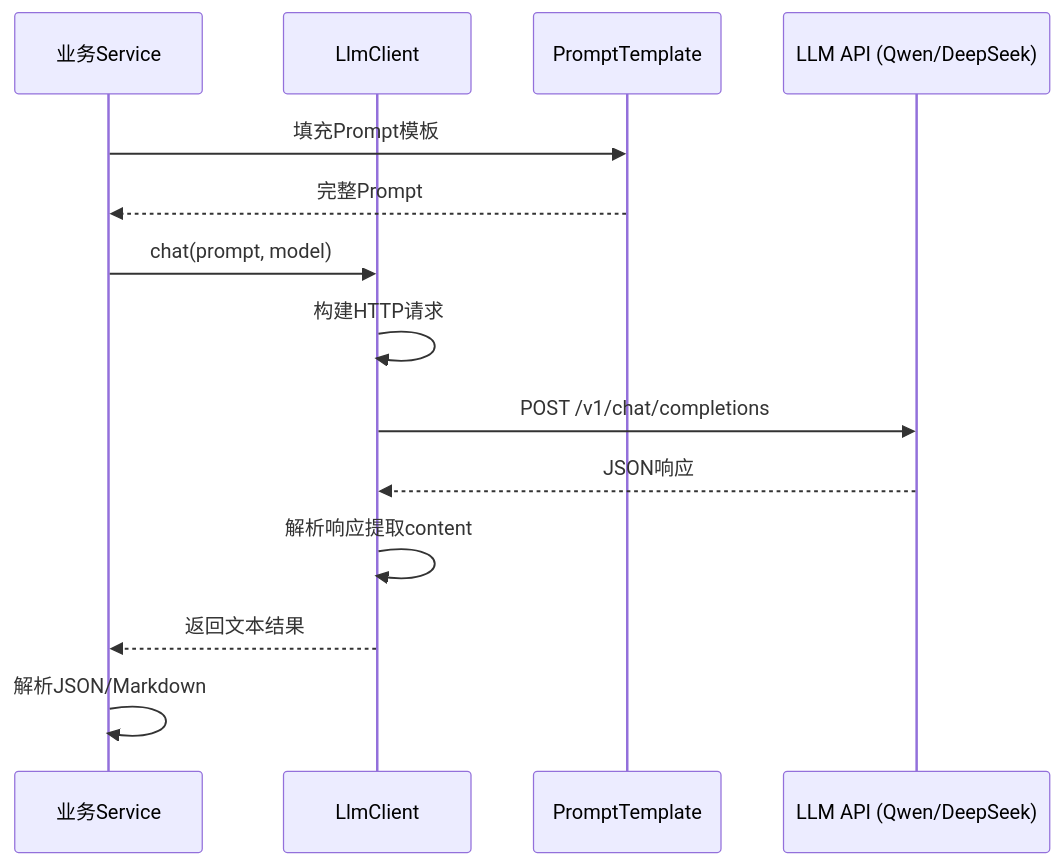
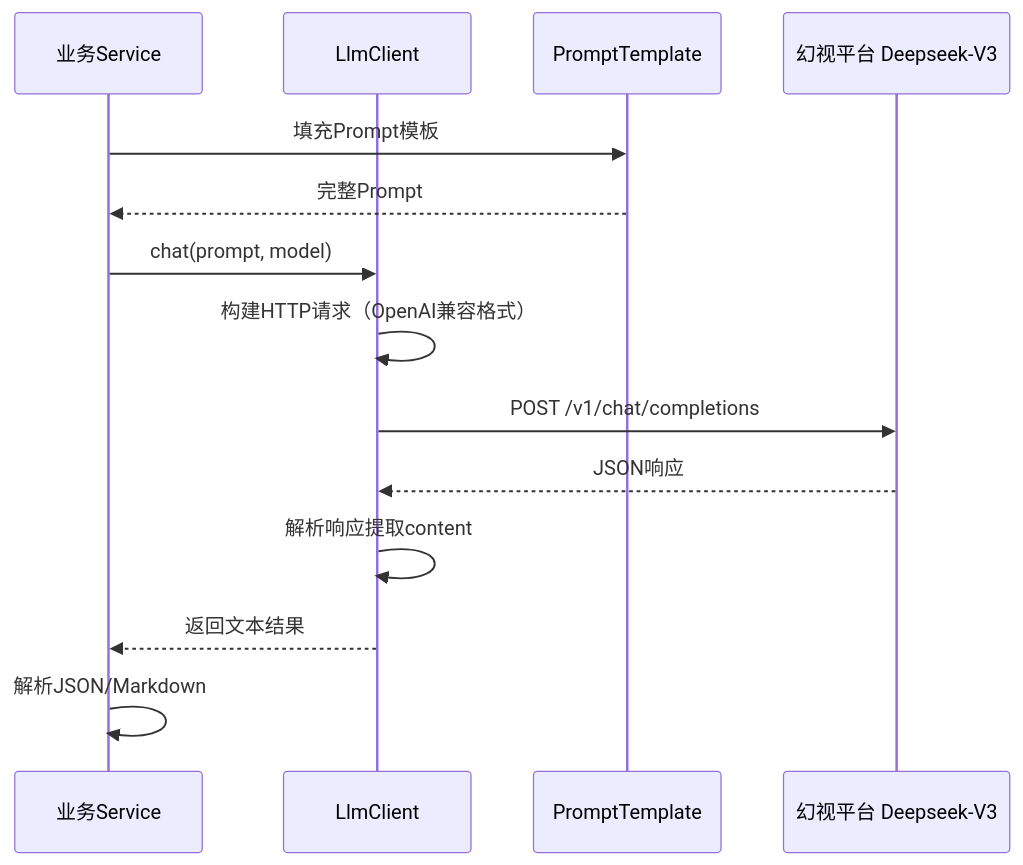
The fifth of 8 diagrams in .kiro/specs/wall-street-eye/design.md (keweiqinkeweiqin/aiCoding), drawn with Mermaid before and after one commit. The commit also changed other lines of this file, not shown here.

````diff
--- a/.kiro/specs/wall-street-eye/design.md
+++ b/.kiro/specs/wall-street-eye/design.md
@@ -1101,17 +1135,17 @@
 ```mermaid
 sequenceDiagram
     participant Service as 业务Service
     participant Client as LlmClient
     participant Template as PromptTemplate
-    participant API as LLM API (Qwen/DeepSeek)
+    participant API as 幻视平台 Deepseek-V3
 
     Service->>Template: 填充Prompt模板
     Template-->>Service: 完整Prompt
     Service->>Client: chat(prompt, model)
-    Client->>Client: 构建HTTP请求
+    Client->>Client: 构建HTTP请求（OpenAI兼容格式）
     Client->>API: POST /v1/chat/completions
     API-->>Client: JSON响应
     Client->>Client: 解析响应提取content
     Client-->>Service: 返回文本结果
     Service->>Service: 解析JSON/Markdown
 ```
````
